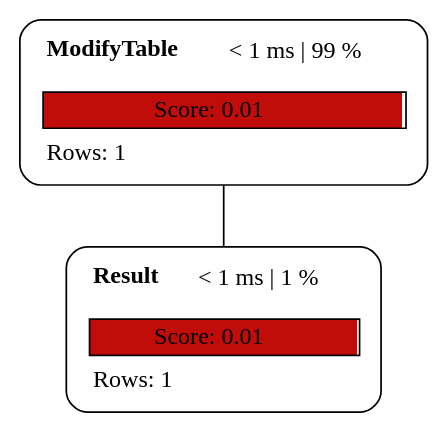
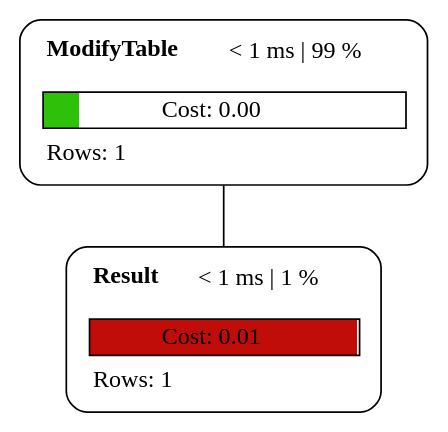
One commit to sanpii/explain changed the diagram in examples/plan_trigger.dot. Above: the diagram before and after it, drawn with Graphviz. The commit also changed 16 other files, not shown here.

```diff
--- a/examples/plan_trigger.dot
+++ b/examples/plan_trigger.dot
@@ -1,5 +1,5 @@
 graph explain {
-    node0[label=<<table border="0" cellborder="0" cellspacing="5"><tr><td align="left"><b>ModifyTable</b></td><td>&lt; 1 ms | 99 %</td></tr><tr><td colspan="2" align="left"></td></tr><tr><td colspan="2" border="1" bgcolor="#c10d0a;0.99:white">Score: 0.01</td></tr><tr><td colspan="2" align="left">Rows: 1</td></tr></table>>][style="rounded"][shape="box"];
-    node1[label=<<table border="0" cellborder="0" cellspacing="5"><tr><td align="left"><b>Result</b></td><td>&lt; 1 ms | 1 %</td></tr><tr><td colspan="2" align="left"></td></tr><tr><td colspan="2" border="1" bgcolor="#c10d0a;0.99:white">Score: 0.01</td></tr><tr><td colspan="2" align="left">Rows: 1</td></tr></table>>][style="rounded"][shape="box"];
+    node0[label=<<table border="0" cellborder="0" cellspacing="5"><tr><td align="left"><b>ModifyTable</b></td><td>&lt; 1 ms | 99 %</td></tr><tr><td colspan="2" align="left"></td></tr><tr><td colspan="2" border="1" bgcolor="#2ec10a;0.10:white">Cost: 0.00</td></tr><tr><td colspan="2" align="left">Rows: 1</td></tr></table>>][style="rounded"][shape="box"];
+    node1[label=<<table border="0" cellborder="0" cellspacing="5"><tr><td align="left"><b>Result</b></td><td>&lt; 1 ms | 1 %</td></tr><tr><td colspan="2" align="left"></td></tr><tr><td colspan="2" border="1" bgcolor="#c10d0a;0.99:white">Cost: 0.01</td></tr><tr><td colspan="2" align="left">Rows: 1</td></tr></table>>][style="rounded"][shape="box"];
     node0 -- node1[label=""];
 }
```
